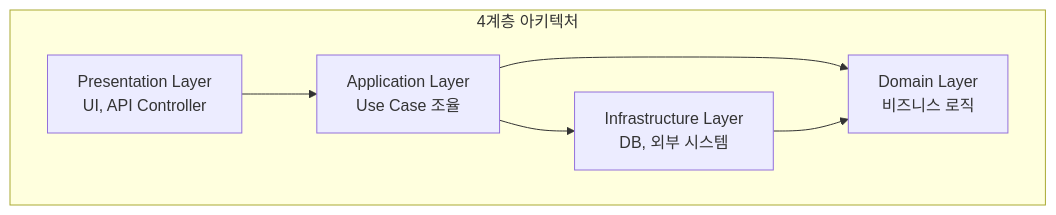
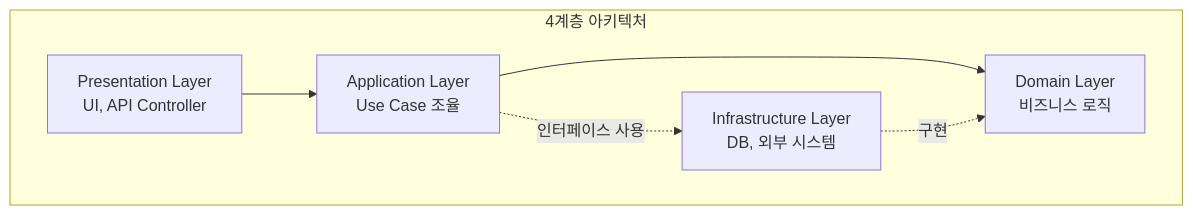
One commit to kimbenji/kafka-101 changed the second of 13 diagrams in content/ko/ddd/concepts/architecture.md. Above: the diagram before and after it, drawn with Mermaid. The commit also changed other lines of this file, not shown here.

````diff
--- a/content/ko/ddd/concepts/architecture.md
+++ b/content/ko/ddd/concepts/architecture.md
@@ -38,14 +38,14 @@
 ```mermaid
 flowchart TB
     subgraph Layers["4계층 아키텍처"]
         UI["Presentation Layer<br/>UI, API Controller"]
         APP["Application Layer<br/>Use Case 조율"]
         DOM["Domain Layer<br/>비즈니스 로직"]
         INFRA["Infrastructure Layer<br/>DB, 외부 시스템"]
     end
 
     UI --> APP
     APP --> DOM
-    APP --> INFRA
-    INFRA --> DOM
+    INFRA -.->|구현| DOM
+    APP -.->|인터페이스 사용| INFRA
 ```
````
